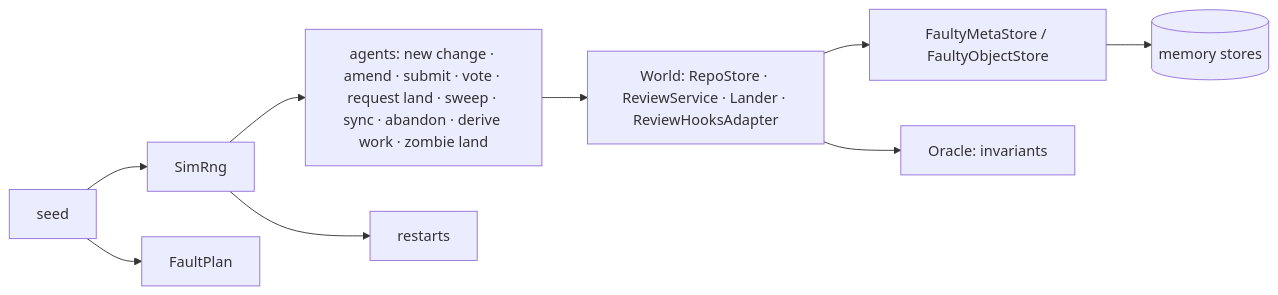
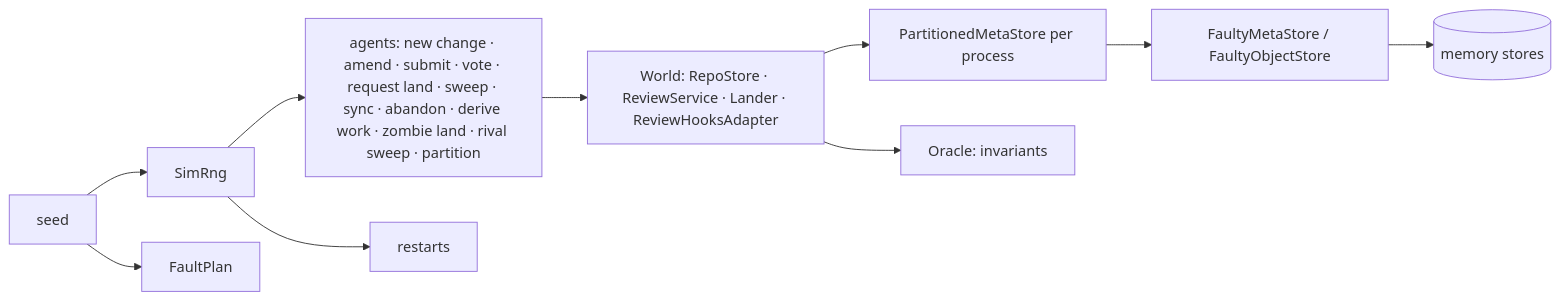
Before and after one commit to envoy1084/rill: the diagram in architecture/09-engineering/simulation.md, drawn with Mermaid. The commit also changed other lines of this file and 12 other files, not shown here.

First line of the commit message:
sim: partitions and a rival lander process

````diff
--- a/architecture/09-engineering/simulation.md
+++ b/architecture/09-engineering/simulation.md
@@ -12,11 +13,12 @@
 ```mermaid
 flowchart LR
   S[seed] --> R[SimRng]
-  R --> A[agents: new change · amend · submit · vote · request land · sweep · sync · abandon · derive work · zombie land]
+  R --> A[agents: new change · amend · submit · vote · request land · sweep · sync · abandon · derive work · zombie land · rival sweep · partition]
   R --> X[restarts]
   S --> F[FaultPlan]
   A --> W[World: RepoStore · ReviewService · Lander · ReviewHooksAdapter]
-  W --> FS[FaultyMetaStore / FaultyObjectStore]
+  W --> P[PartitionedMetaStore per process]
+  P --> FS[FaultyMetaStore / FaultyObjectStore]
   FS --> M[(memory stores)]
   W --> O[Oracle: invariants]
 ```
````
